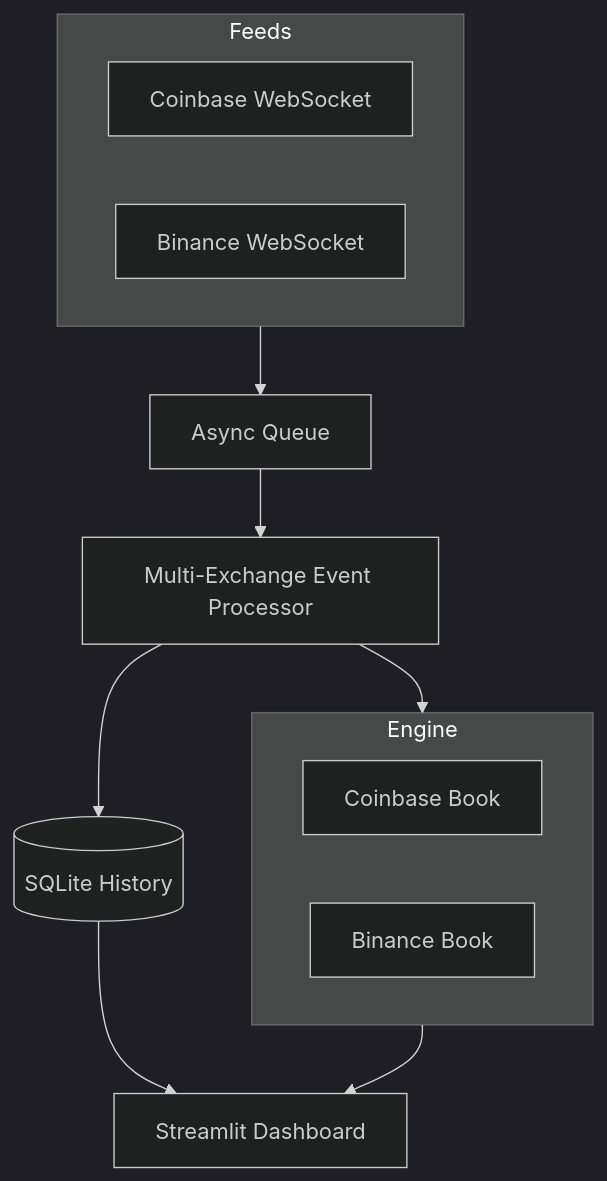
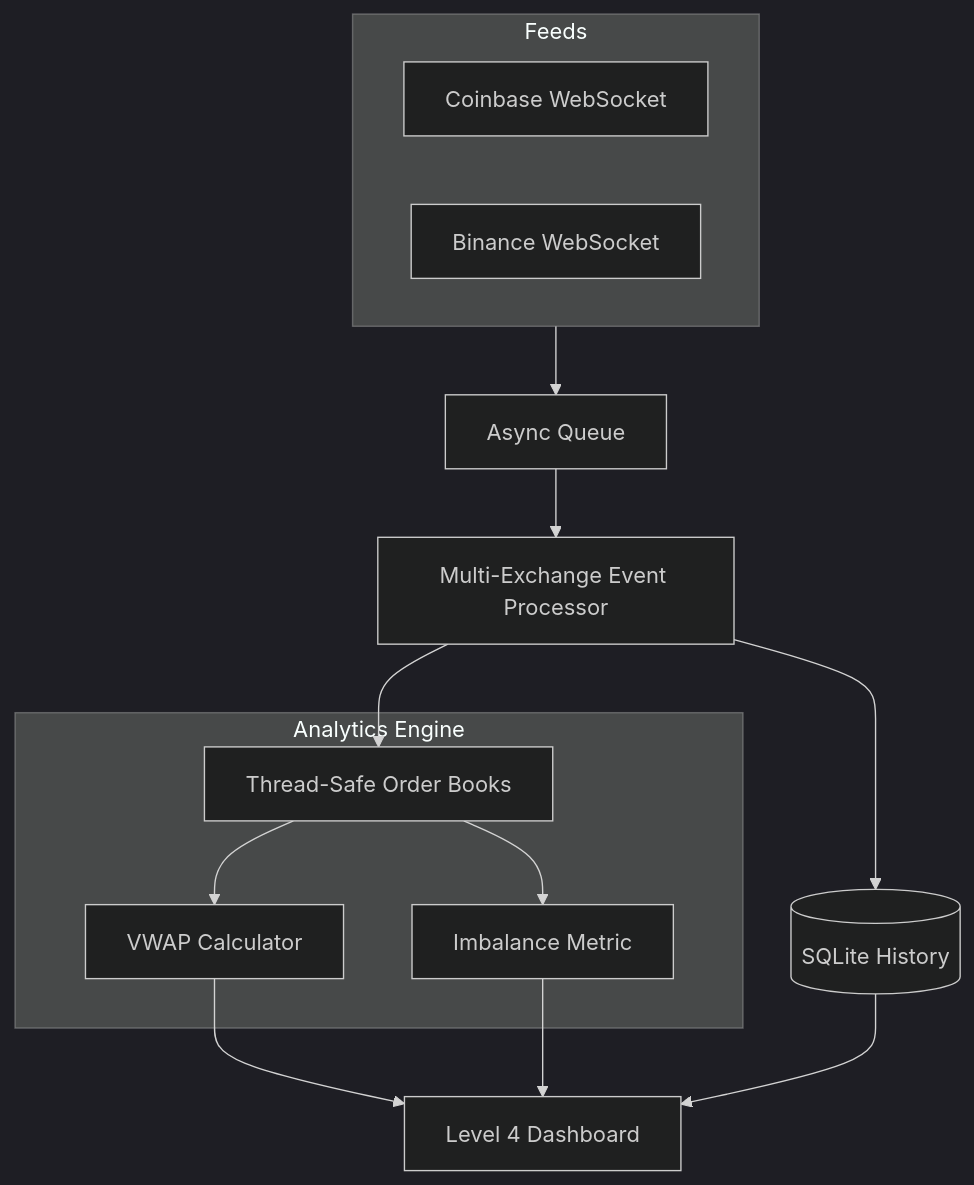
One commit to sairaghu538/cross-exchange-liquidity-engine changed the diagram in README.md. Above: the diagram before and after it, drawn with Mermaid (dark theme). The commit also changed other lines of this file and 2 other files, not shown here.

Commit message:
Implement Level 4: VWAP Analysis, Liquidity Imbalance, and Dynamic Theme Flow

````diff
--- a/README.md
+++ b/README.md
@@ -34,25 +33,29 @@
 ```mermaid
 graph TD
     subgraph Feeds
         CB[Coinbase WebSocket]
         BN[Binance WebSocket]
     end
     
     Queue[Async Queue]
     Proc[Multi-Exchange Event Processor]
     DB[(SQLite History)]
     
-    subgraph Engine
-        CBBook[Coinbase Book]
-        BNBook[Binance Book]
+    subgraph Analytics Engine
+        OB[Thread-Safe Order Books]
+        VWAP[VWAP Calculator]
+        IMB[Imbalance Metric]
     end
     
-    UI[Streamlit Dashboard]
+    UI[Level 4 Dashboard]
     
     Feeds --> Queue
     Queue --> Proc
-    Proc --> Engine
+    Proc --> OB
     Proc --> DB
-    Engine --> UI
+    OB --> VWAP
+    OB --> IMB
+    VWAP --> UI
+    IMB --> UI
     DB --> UI
 ```
````
